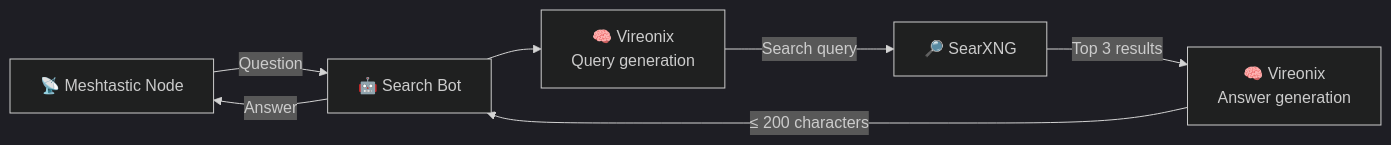
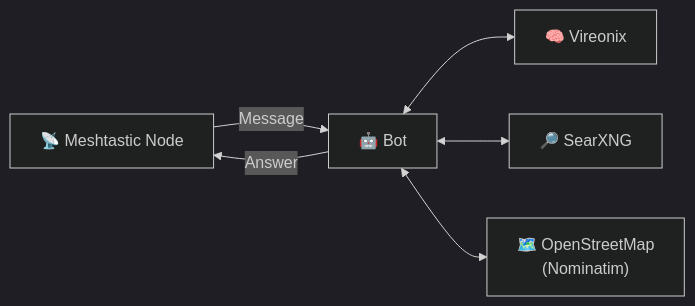
The first of 3 diagrams in README.md (YR72dpi/meshtastic_search_bot), drawn with Mermaid (dark theme) before and after one commit. The commit also changed other lines of this file, not shown here.

````diff
--- a/README.md
+++ b/README.md
@@ -28,15 +72,14 @@
 ```mermaid
 flowchart LR
     M["📡 Meshtastic Node"]
-    B["🤖 Search Bot"]
-    V1["🧠 Vireonix<br/>Query generation"]
+    B["🤖 Bot"]
+    V["🧠 Vireonix"]
     S["🔎 SearXNG"]
-    V2["🧠 Vireonix<br/>Answer generation"]
+    O["🗺️ OpenStreetMap<br/>(Nominatim)"]
 
-    M -->|"Question"| B
-    B --> V1
-    V1 -->|"Search query"| S
-    S -->|"Top 3 results"| V2
-    V2 -->|"≤ 200 characters"| B
+    M -->|"Message"| B
+    B <--> V
+    B <--> S
+    B <--> O
     B -->|"Answer"| M
 ```
````
